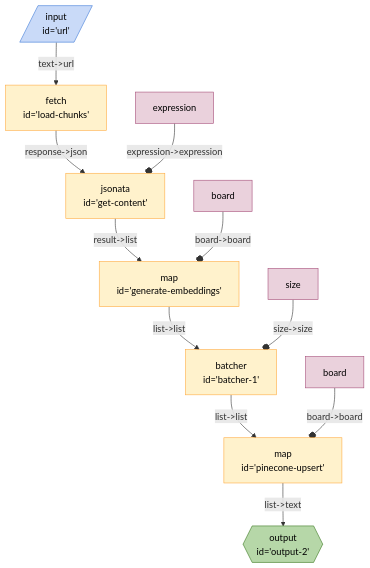
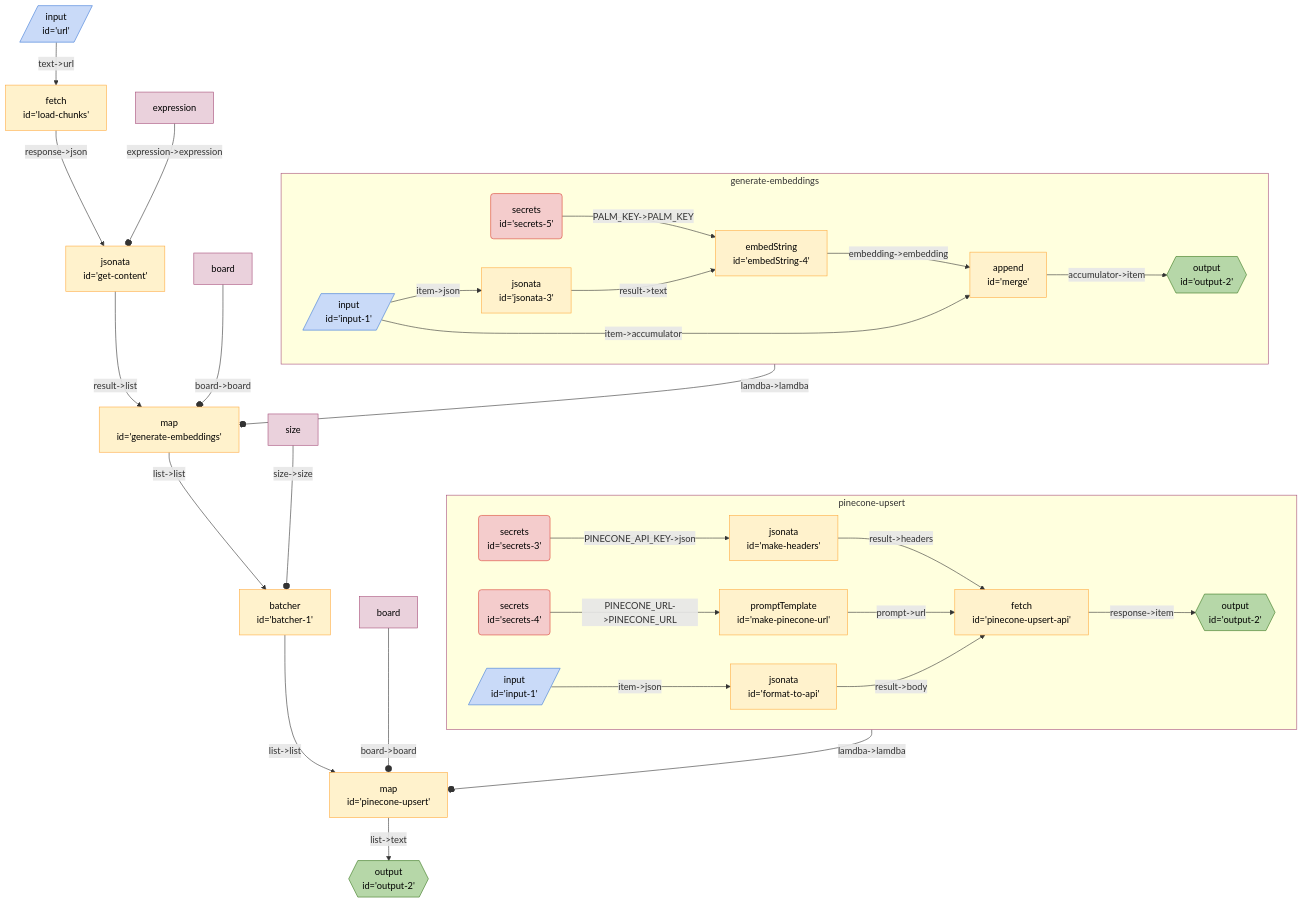
Before and after one commit to breadboard-ai/breadboard: the diagram in seeds/graph-playground/docs/graphs/pinecone-load.md, drawn with Mermaid. The commit also changed 4 other files, not shown here.

Commit message:
[graph-runner] Teach mermaid to handle different kinds of subgraphs.

````diff
--- a/seeds/graph-playground/docs/graphs/pinecone-load.md
+++ b/seeds/graph-playground/docs/graphs/pinecone-load.md
@@ -5,22 +5,43 @@
   ```mermaid
   %%{init: 'themeVariables': { 'fontFamily': 'Fira Code, monospace' }}%%
 graph TD;
 pineconeupsert["map <br> id='pinecone-upsert'"] -- "list->text" --> output2{{"output <br> id='output-2'"}}:::output
+subgraph pinecone-upsert
+pineconeupsert_secrets3("secrets <br> id='secrets-3'"):::secrets -- "PINECONE_API_KEY->json" --> pineconeupsert_makeheaders["jsonata <br> id='make-headers'"]
+pineconeupsert_makeheaders["jsonata <br> id='make-headers'"] -- "result->headers" --> pineconeupsert_pineconeupsertapi["fetch <br> id='pinecone-upsert-api'"]
+pineconeupsert_secrets4("secrets <br> id='secrets-4'"):::secrets -- "PINECONE_URL->PINECONE_URL" --> pineconeupsert_makepineconeurl["promptTemplate <br> id='make-pinecone-url'"]
+pineconeupsert_makepineconeurl["promptTemplate <br> id='make-pinecone-url'"] -- "prompt->url" --> pineconeupsert_pineconeupsertapi["fetch <br> id='pinecone-upsert-api'"]
+pineconeupsert_pineconeupsertapi["fetch <br> id='pinecone-upsert-api'"] -- "response->item" --> pineconeupsert_output2{{"output <br> id='output-2'"}}:::output
+pineconeupsert_formattoapi["jsonata <br> id='format-to-api'"] -- "result->body" --> pineconeupsert_pineconeupsertapi["fetch <br> id='pinecone-upsert-api'"]
+pineconeupsert_input1[/"input <br> id='input-1'"/]:::input -- "item->json" --> pineconeupsert_formattoapi["jsonata <br> id='format-to-api'"]
+end
+pinecone-upsert:::slotted -- "lamdba->lamdba" --o pineconeupsert
+
 batcher1["batcher <br> id='batcher-1'"] -- "list->list" --> pineconeupsert["map <br> id='pinecone-upsert'"]
 generateembeddings["map <br> id='generate-embeddings'"] -- "list->list" --> batcher1["batcher <br> id='batcher-1'"]
+subgraph generate-embeddings
+generateembeddings_embedString4["embedString <br> id='embedString-4'"] -- "embedding->embedding" --> generateembeddings_merge["append <br> id='merge'"]
+generateembeddings_secrets5("secrets <br> id='secrets-5'"):::secrets -- "PALM_KEY->PALM_KEY" --> generateembeddings_embedString4["embedString <br> id='embedString-4'"]
+generateembeddings_jsonata3["jsonata <br> id='jsonata-3'"] -- "result->text" --> generateembeddings_embedString4["embedString <br> id='embedString-4'"]
+generateembeddings_input1[/"input <br> id='input-1'"/]:::input -- "item->json" --> generateembeddings_jsonata3["jsonata <br> id='jsonata-3'"]
+generateembeddings_merge["append <br> id='merge'"] -- "accumulator->item" --> generateembeddings_output2{{"output <br> id='output-2'"}}:::output
+generateembeddings_input1[/"input <br> id='input-1'"/]:::input -- "item->accumulator" --> generateembeddings_merge["append <br> id='merge'"]
+end
+generate-embeddings:::slotted -- "lamdba->lamdba" --o generateembeddings
+
 getcontent["jsonata <br> id='get-content'"] -- "result->list" --> generateembeddings["map <br> id='generate-embeddings'"]
 loadchunks["fetch <br> id='load-chunks'"] -- "response->json" --> getcontent["jsonata <br> id='get-content'"]
 url[/"input <br> id='url'"/]:::input -- "text->url" --> loadchunks["fetch <br> id='load-chunks'"]
 expressiongetcontent[expression]:::config -- "expression->expression" --o getcontent
 boardgenerateembeddings[board]:::config -- "board->board" --o generateembeddings
 sizebatcher1[size]:::config -- "size->size" --o batcher1
 boardpineconeupsert[board]:::config -- "board->board" --o pineconeupsert
 classDef default stroke:#ffab40,fill:#fff2ccff,color:#000
 classDef input stroke:#3c78d8,fill:#c9daf8ff,color:#000
 classDef output stroke:#38761d,fill:#b6d7a8ff,color:#000
 classDef passthrough stroke:#a64d79,fill:#ead1dcff,color:#000
 classDef slot stroke:#a64d79,fill:#ead1dcff,color:#000
 classDef config stroke:#a64d79,fill:#ead1dcff,color:#000
 classDef secrets stroke:#db4437,fill:#f4cccc,color:#000
 classDef slotted stroke:#a64d79
   ```
````
